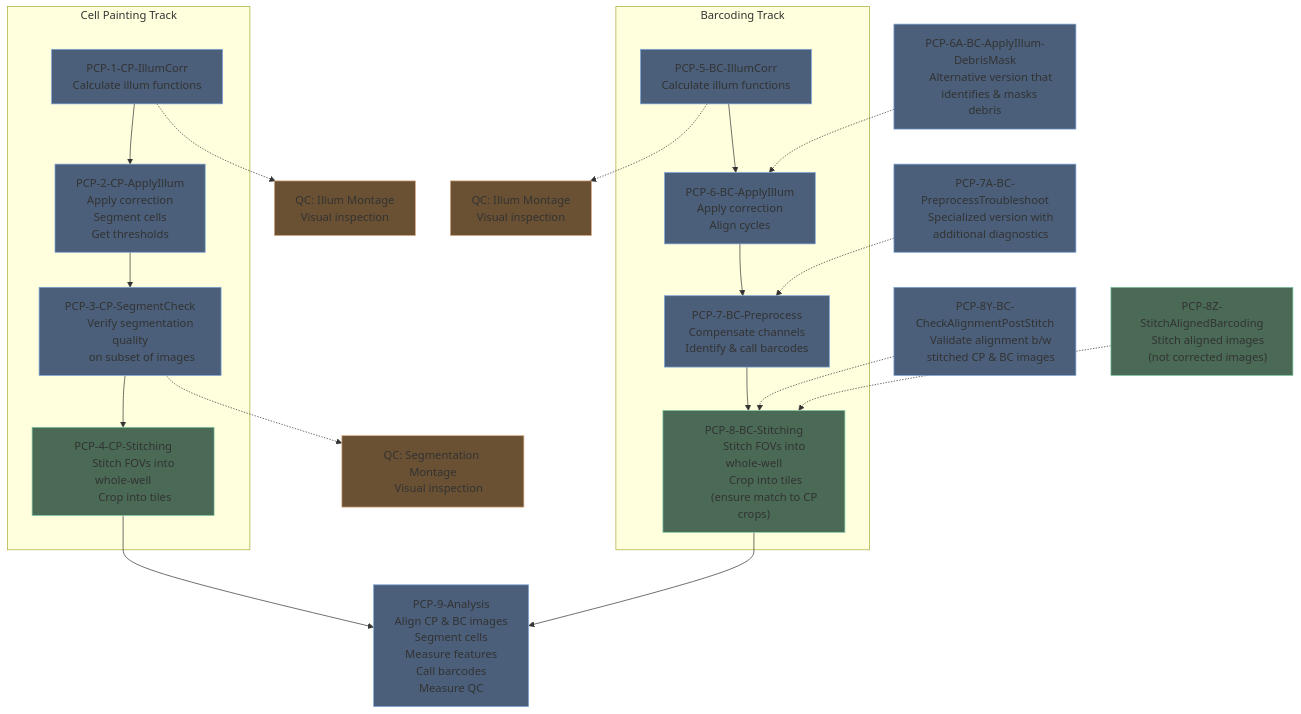
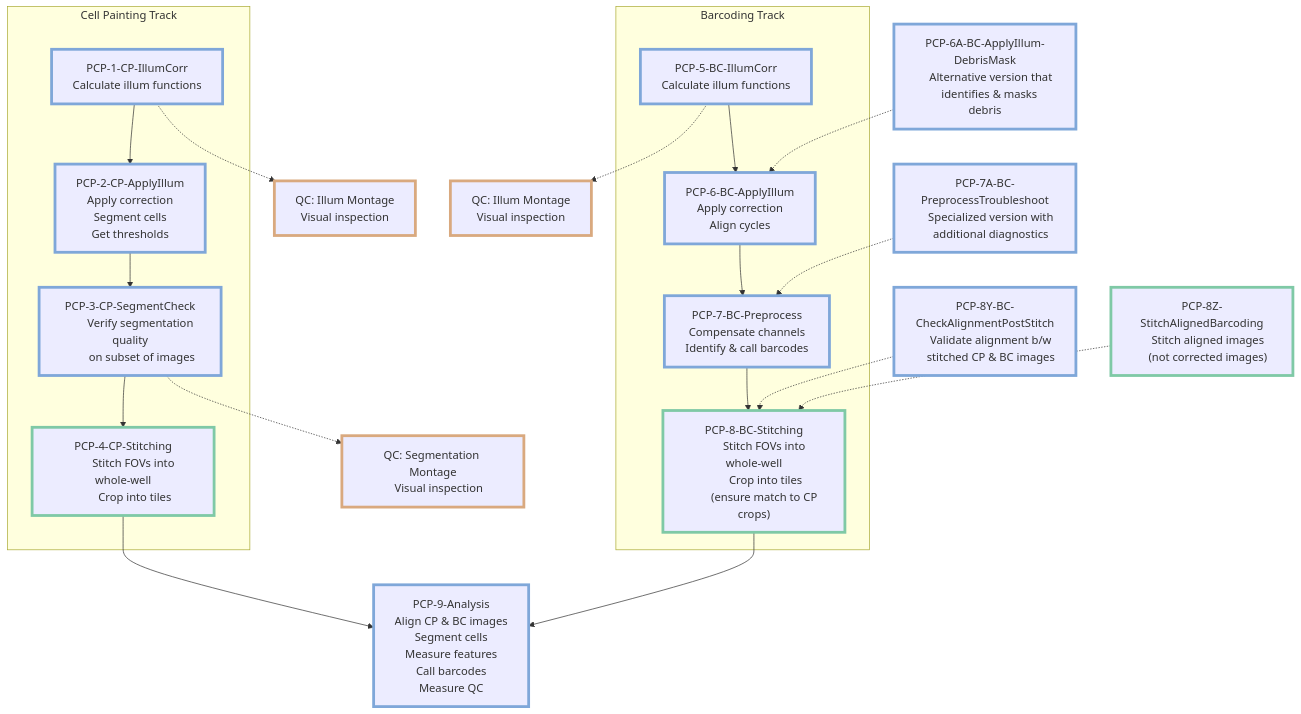
One commit to broadinstitute/nf-pooled-cellpainting-assets changed the diagram in pcpip/README.md. Above: the diagram before and after it, drawn with Mermaid.

Commit message:
docs: make mermaid obvious

````diff
--- a/pcpip/README.md
+++ b/pcpip/README.md
@@ -98,15 +98,4 @@
 ```mermaid
-%%{init: {
-  "theme": "base",
-  "themeVariables": {
-    "primaryColor": "#445566",          // mid-tone fill
-    "primaryBorderColor": "#6b849e",    // slightly brighter border
-    "lineColor": "#8a9bab",             // mid-contrast connectors
-    "clusterBkg": "#3e4a55",            // slightly darker for groups
-    "clusterBorder": "#7a8c9e",         // border contrast
-    "edgeLabelBackground": "#3e4a55"    // avoid white chips
-  }
-}}%%
 flowchart TD
     %% Main pipelines with detailed descriptions
     subgraph "Cell Painting Track"
@@ -172,9 +161,9 @@
     Visual inspection"]
 
     %% Processing platforms
-    classDef cellprofiler fill:#4b5f7a,stroke:#7fa7d9
-    classDef fiji         fill:#4a6a55,stroke:#7fc9a6
-    classDef qc           fill:#6b5133,stroke:#d9a97f
+    classDef cellprofiler stroke:#7fa7d9,stroke-width:4px;
+    classDef fiji stroke:#7fc9a6,stroke-width:4px;
+    classDef qc stroke:#d9a97f,stroke-width:4px;
 
     class PCP1,PCP2,PCP3,PCP5,PCP6,PCP7,PCP7A,PCP8Y,PCP9,PCP6A cellprofiler
     class PCP4,PCP8,PCP8Z fiji
````
